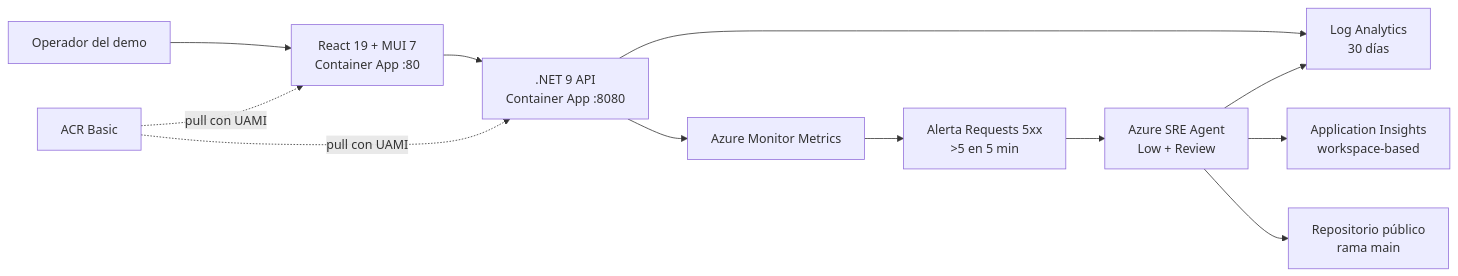
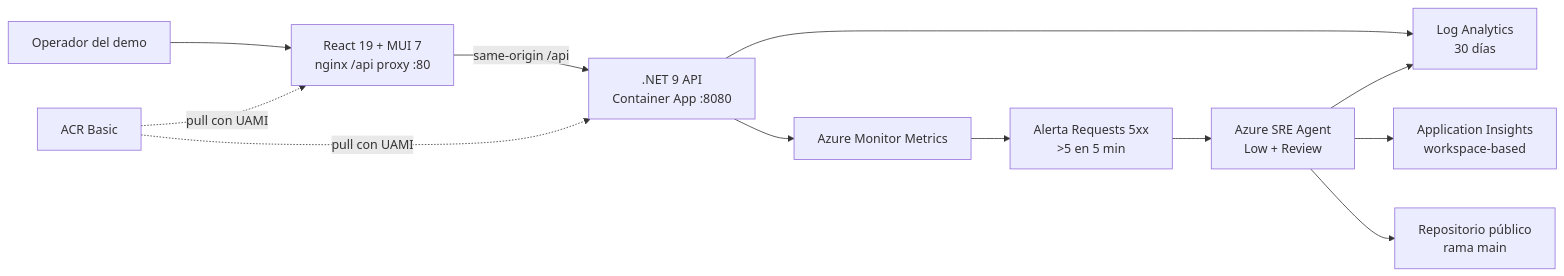
The diagram in README.md (marioaguileraaa/grifols-sre-agent-demo), drawn with Mermaid before and after one commit. The commit also changed other lines of this file and 13 other files, not shown here.

````diff
--- a/README.md
+++ b/README.md
@@ -17,14 +17,14 @@
 ```mermaid
 flowchart LR
-    U[Operador del demo] --> W[React 19 + MUI 7<br/>Container App :80]
-    W --> A[.NET 9 API<br/>Container App :8080]
+    U[Operador del demo] --> W[React 19 + MUI 7<br/>nginx /api proxy :80]
+    W -->|same-origin /api| A[.NET 9 API<br/>Container App :8080]
     A --> L[Log Analytics<br/>30 días]
     A --> M[Azure Monitor Metrics]
     M --> AL[Alerta Requests 5xx<br/>>5 en 5 min]
     AL --> S[Azure SRE Agent<br/>Low + Review]
     S --> L
     S --> I[Application Insights<br/>workspace-based]
     S --> R[Repositorio público<br/>rama main]
     C[ACR Basic] -. pull con UAMI .-> W
     C -. pull con UAMI .-> A
 ```
````
